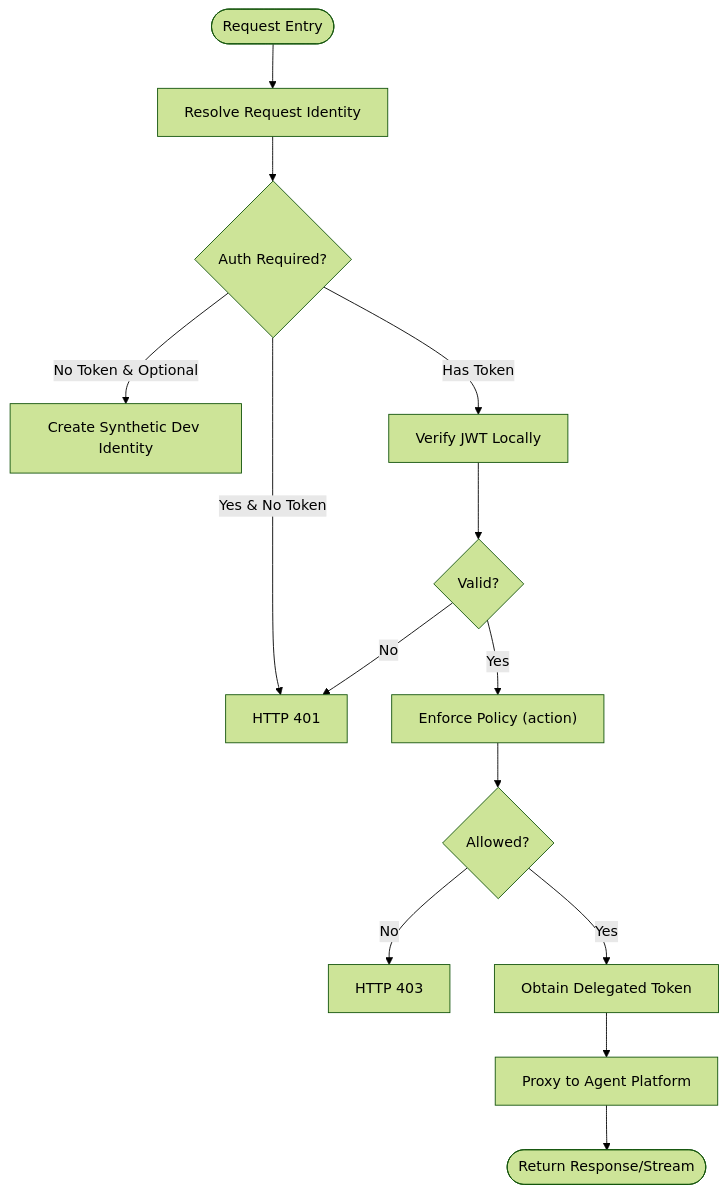
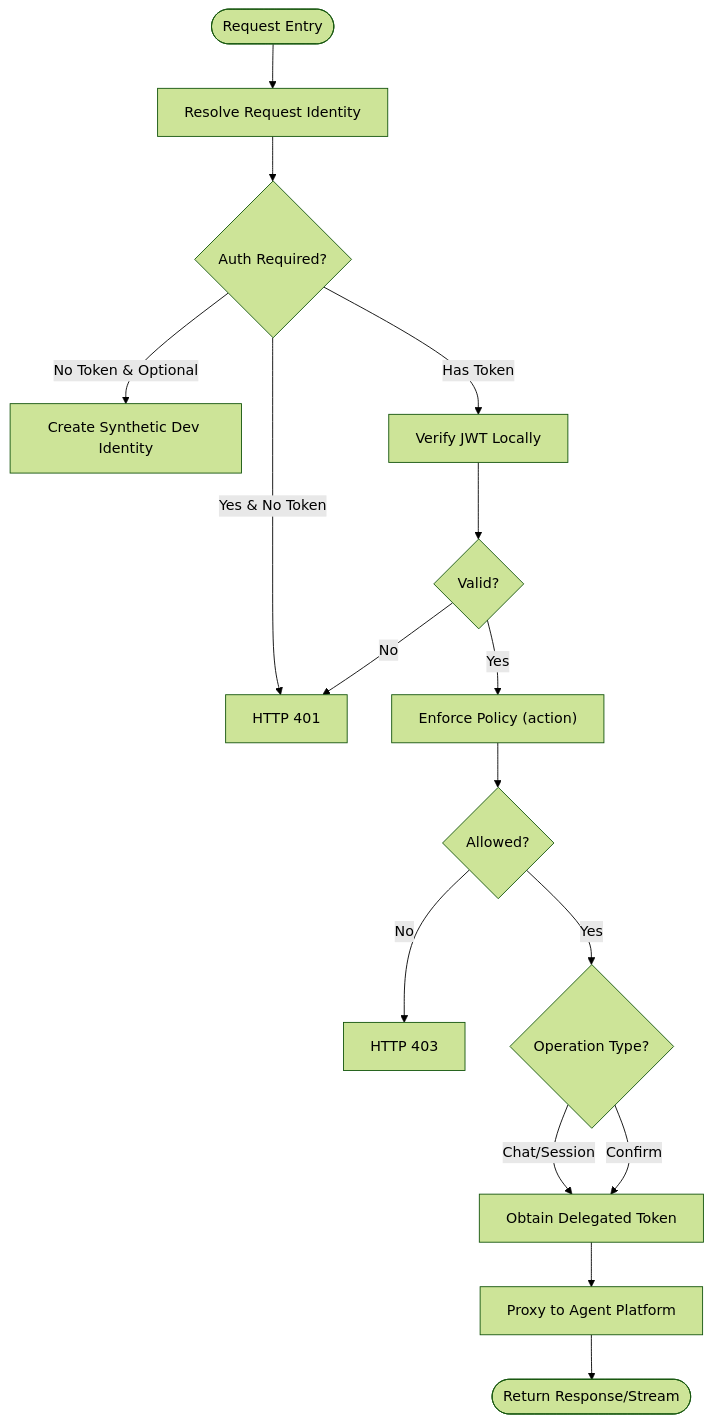
One commit to metasync/luban-aiops changed the tenth of 16 diagrams in .qoder/repowiki/en/content/Architecture Documentation/Platform Gateway Service.md. Above: the diagram before and after it, drawn with Mermaid (forest theme). The commit also changed other lines of this file and 24 other files, not shown here.

````diff
--- a/.qoder/repowiki/en/content/Architecture Documentation/Platform Gateway Service.md
+++ b/.qoder/repowiki/en/content/Architecture Documentation/Platform Gateway Service.md
@@ -531,16 +614,18 @@
 ```mermaid
 flowchart TD
 Start(["Request Entry"]) --> ResolveId["Resolve Request Identity"]
 ResolveId --> AuthCheck{"Auth Required?"}
 AuthCheck --> |Yes & No Token| Deny401["HTTP 401"]
 AuthCheck --> |No Token & Optional| Synthetic["Create Synthetic Dev Identity"]
 AuthCheck --> |Has Token| Verify["Verify JWT Locally"]
 Verify --> Valid{"Valid?"}
 Valid --> |No| Deny401
 Valid --> |Yes| PolicyEnf["Enforce Policy (action)"]
 PolicyEnf --> Allowed{"Allowed?"}
 Allowed --> |No| Deny403["HTTP 403"]
-Allowed --> |Yes| Delegate["Obtain Delegated Token"]
+Allowed --> |Yes| CheckType{"Operation Type?"}
+CheckType --> |Chat/Session| Delegate["Obtain Delegated Token"]
+CheckType --> |Confirm| Delegate
 Delegate --> Proxy["Proxy to Agent Platform"]
 Proxy --> Return(["Return Response/Stream"])
 ```
````
